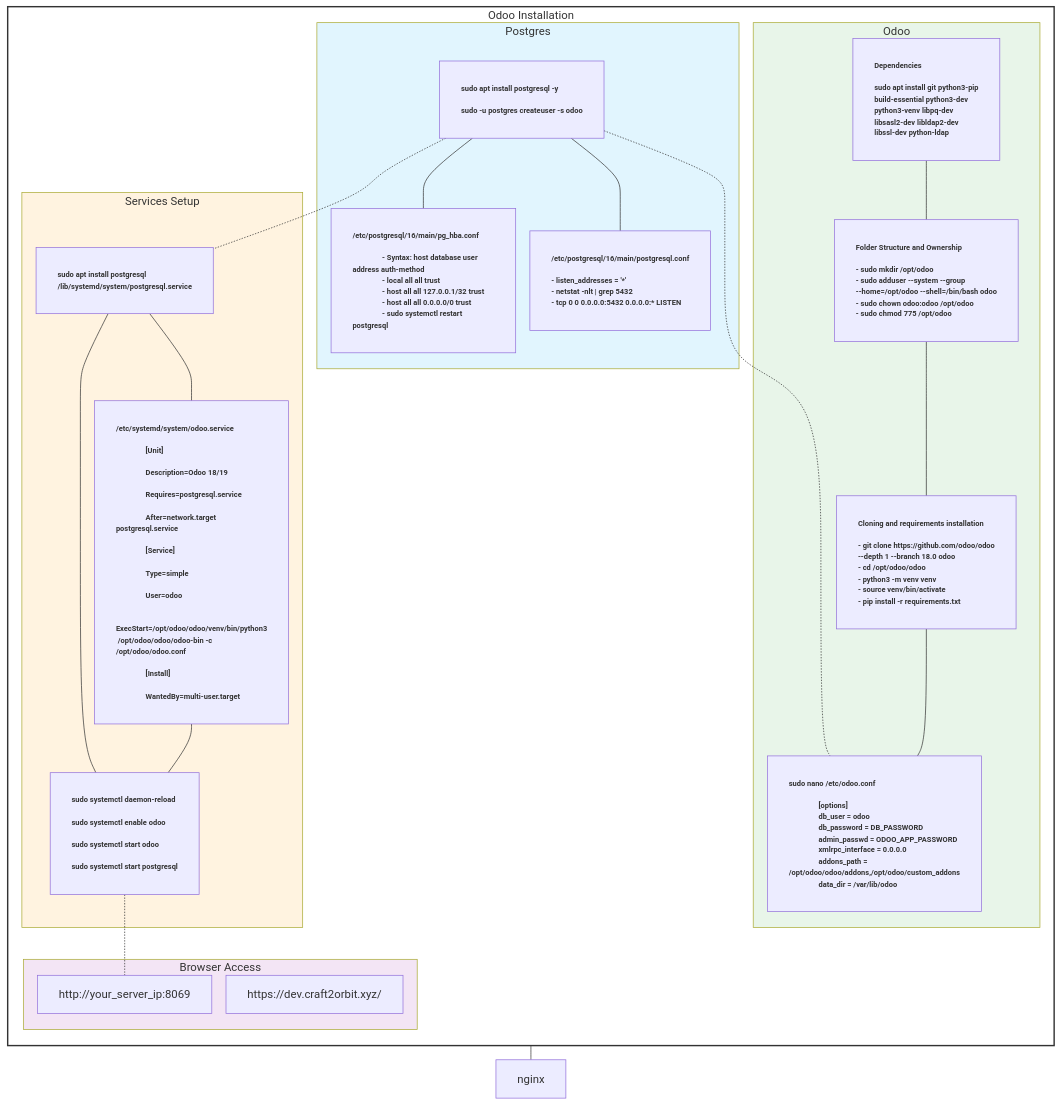
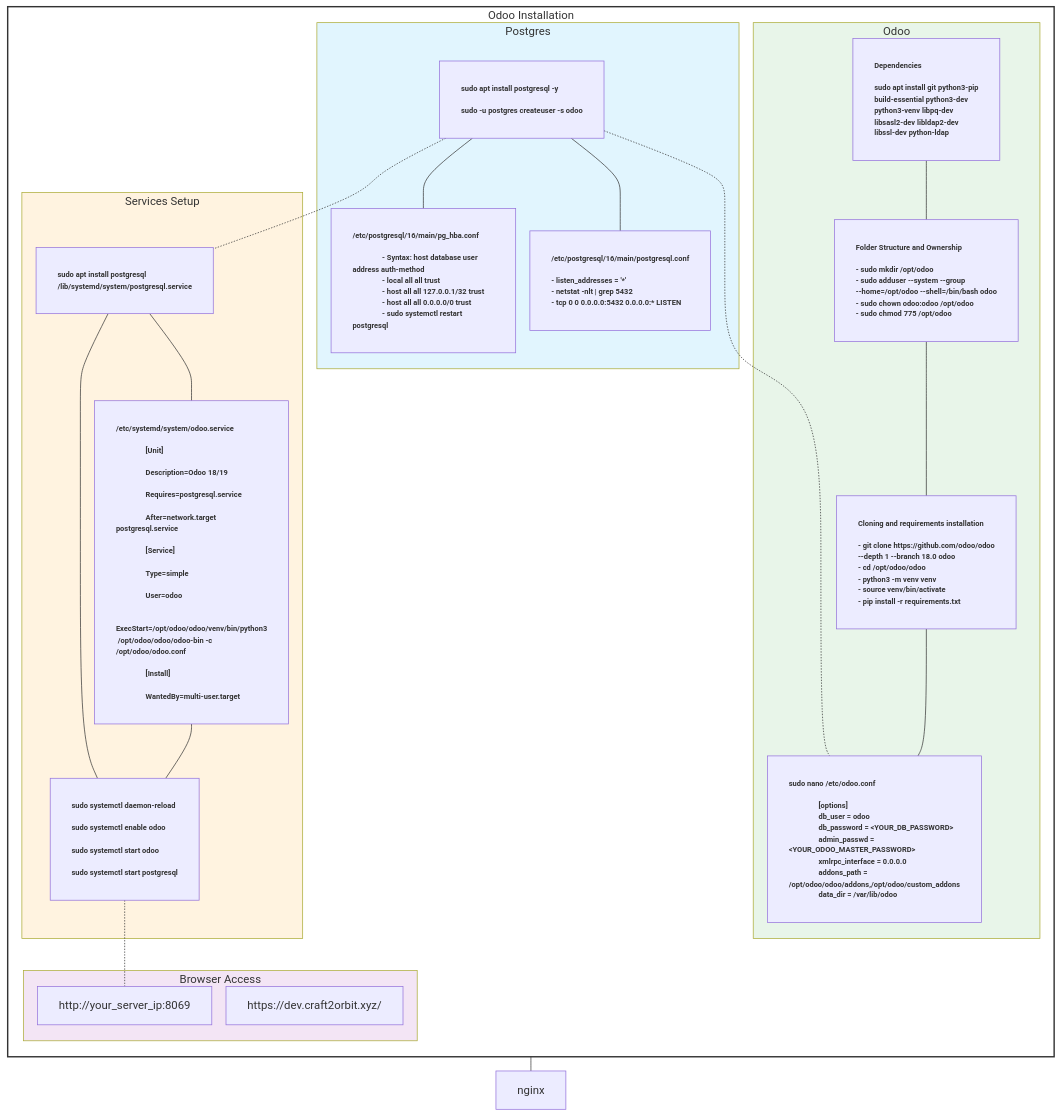
The second of 2 diagrams in docs/infrastructure.md (otalfredo8/ikyeasight), drawn with Mermaid before and after one commit. The commit also changed other lines of this file, not shown here.

Commit message:
docs: address code review — mask public IP, fix typo, clarify password placeholders
Agent-Logs-Url: https://github.com/otalfredo8/ikyeasight/sessions/1374c0af-d557-4dc6-b15b-fad15c763e63

````diff
--- a/docs/infrastructure.md
+++ b/docs/infrastructure.md
@@ -120,7 +120,7 @@
                 - sudo chown odoo:odoo /opt/odoo
                 - sudo chmod 775 /opt/odoo"]
 
-            odoo_clonigAndRequirements["Cloning and requirements installation<br/>
+            odoo_cloningAndRequirements["Cloning and requirements installation<br/>
                 - git clone https://github.com/odoo/odoo<br/> --depth 1 --branch 18.0 odoo
                 - cd /opt/odoo/odoo
                 - python3 -m venv venv
@@ -130,8 +130,8 @@
             odoo_conf["sudo nano /etc/odoo.conf<br/>
                 [options]
                 db_user = odoo
-                db_password = DB_PASSWORD
-                admin_passwd = ODOO_APP_PASSWORD
+                db_password = &lt;YOUR_DB_PASSWORD&gt;
+                admin_passwd = &lt;YOUR_ODOO_MASTER_PASSWORD&gt;
                 xmlrpc_interface = 0.0.0.0
                 addons_path = /opt/odoo/odoo/addons,/opt/odoo/custom_addons
                 data_dir = /var/lib/odoo"]
@@ -181,9 +181,9 @@
     systemctl -.- local
     systemctl --- nginx
     odoo_install --- odoo_folderStructure
-    odoo_folderStructure --- odoo_clonigAndRequirements
-    odoo_clonigAndRequirements --- odoo_conf
+    odoo_folderStructure --- odoo_cloningAndRequirements
+    odoo_cloningAndRequirements --- odoo_conf
 
     classDef smallNode padding:5px,font-size:10.5px,font-weight:bold,text-align:left;
-    class pg_install,pg_auth,pg_conf,odoo_install,odoo_folderStructure,odoo_clonigAndRequirements,odoo_conf,postgres,odoo,systemctl smallNode
+    class pg_install,pg_auth,pg_conf,odoo_install,odoo_folderStructure,odoo_cloningAndRequirements,odoo_conf,postgres,odoo,systemctl smallNode
 ```
````
